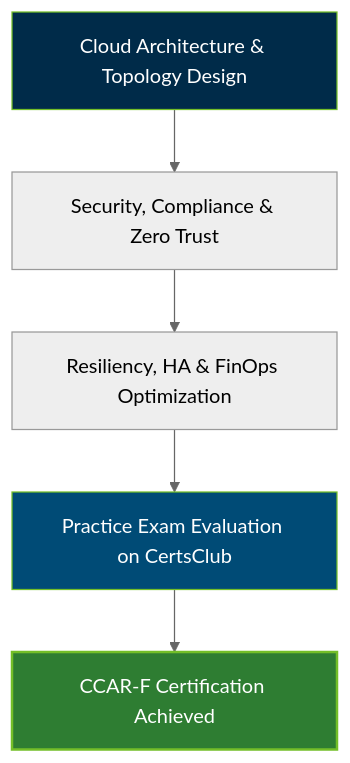
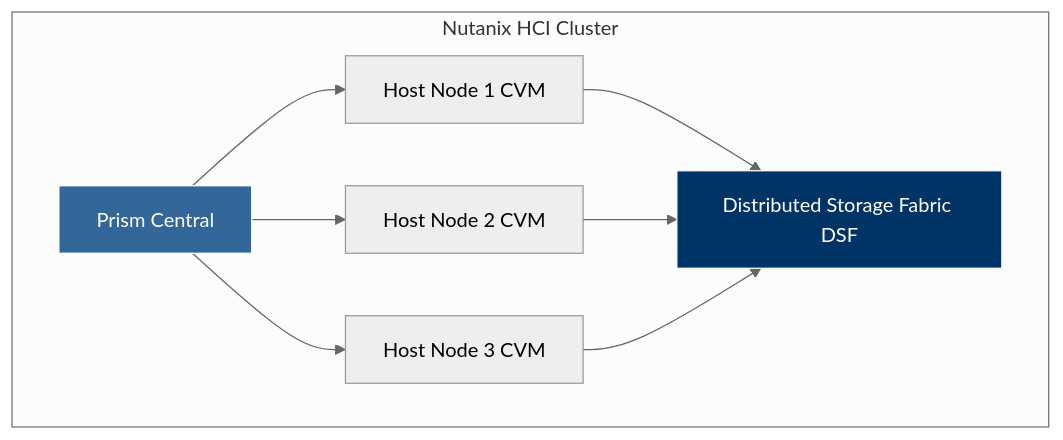
One commit to Wamika-collab/CCAR-F changed the diagram in README.md. Above: the diagram before and after it, drawn with Mermaid (neutral theme). The commit also changed other lines of this file, not shown here.

Commit message:
Update CCAR-F README with practice questions first, flowchart TD, and targeted link

````diff
--- a/README.md
+++ b/README.md
@@ -37,11 +91,12 @@
 ```mermaid
 flowchart TD
-    A[Cloud Architecture & Topology Design] --> B[Security, Compliance & Zero Trust]
-    B --> C[Resiliency, HA & FinOps Optimization]
-    C --> D[Practice Exam Evaluation on CertsClub]
-    D --> E[CCAR-F Certification Achieved]
+    subgraph Nutanix HCI Cluster
+        A[Prism Central] --> B[Host Node 1 CVM]
+        A --> C[Host Node 2 CVM]
+        A --> D[Host Node 3 CVM]
+        B & C & D --> E[Distributed Storage Fabric DSF]
+    end
 
-    style A fill:#002B49,stroke:#73BE28,stroke-width:1px,color:#FFF
-    style D fill:#004B76,stroke:#73BE28,stroke-width:1px,color:#FFF
-    style E fill:#2E7D32,stroke:#73BE28,stroke-width:2px,color:#FFF
+    style A fill:#336699,stroke:#FFF,color:#FFF
+    style E fill:#003366,stroke:#FFF,color:#FFF
 ```
````
